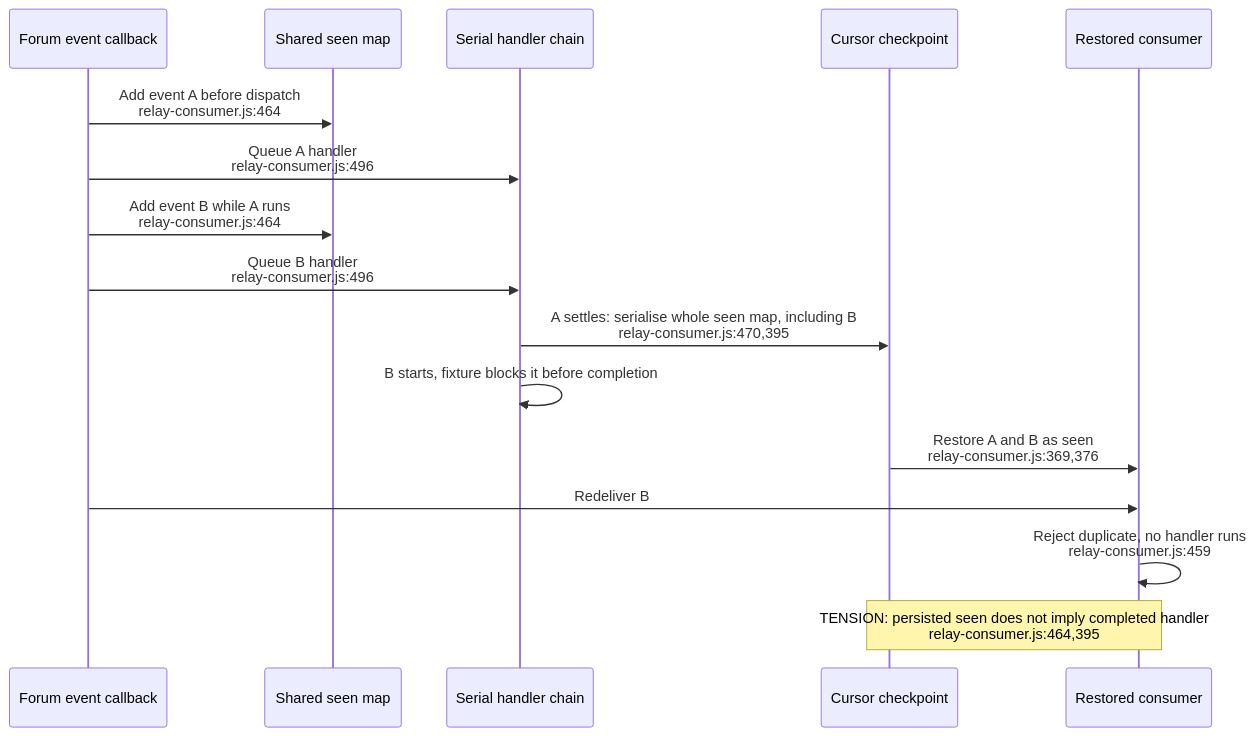
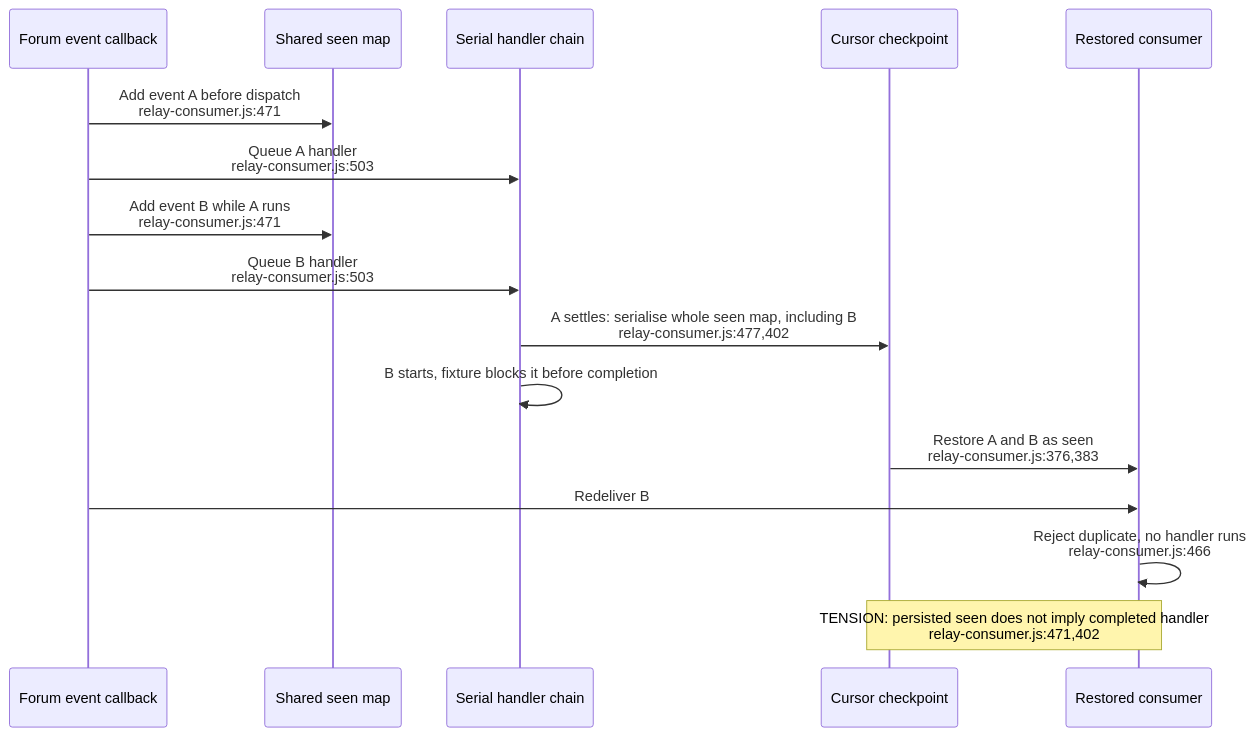
One commit to DreamLab-AI/VisionFlow changed the second of 2 diagrams in docs/diagrams/estate/13-governance-delivery-and-expiry.md. Above: the diagram before and after it, drawn with Mermaid. The commit also changed other lines of this file and 5 other files, not shown here.

````diff
--- a/docs/diagrams/estate/13-governance-delivery-and-expiry.md
+++ b/docs/diagrams/estate/13-governance-delivery-and-expiry.md
@@ -47,18 +47,18 @@
 ```mermaid
 sequenceDiagram
     participant IN as Forum event callback
     participant SEEN as Shared seen map
     participant Q as Serial handler chain
     participant DISK as Cursor checkpoint
     participant NEW as Restored consumer
-    IN->>SEEN: Add event A before dispatch<br/>relay-consumer.js:464
-    IN->>Q: Queue A handler<br/>relay-consumer.js:496
-    IN->>SEEN: Add event B while A runs<br/>relay-consumer.js:464
-    IN->>Q: Queue B handler<br/>relay-consumer.js:496
-    Q->>DISK: A settles: serialise whole seen map, including B<br/>relay-consumer.js:470,395
+    IN->>SEEN: Add event A before dispatch<br/>relay-consumer.js:471
+    IN->>Q: Queue A handler<br/>relay-consumer.js:503
+    IN->>SEEN: Add event B while A runs<br/>relay-consumer.js:471
+    IN->>Q: Queue B handler<br/>relay-consumer.js:503
+    Q->>DISK: A settles: serialise whole seen map, including B<br/>relay-consumer.js:477,402
     Q->>Q: B starts, fixture blocks it before completion
-    DISK->>NEW: Restore A and B as seen<br/>relay-consumer.js:369,376
+    DISK->>NEW: Restore A and B as seen<br/>relay-consumer.js:376,383
     IN->>NEW: Redeliver B
-    NEW->>NEW: Reject duplicate, no handler runs<br/>relay-consumer.js:459
-    Note over DISK,NEW: TENSION: persisted seen does not imply completed handler<br/>relay-consumer.js:464,395
+    NEW->>NEW: Reject duplicate, no handler runs<br/>relay-consumer.js:466
+    Note over DISK,NEW: TENSION: persisted seen does not imply completed handler<br/>relay-consumer.js:471,402
 ```
````
